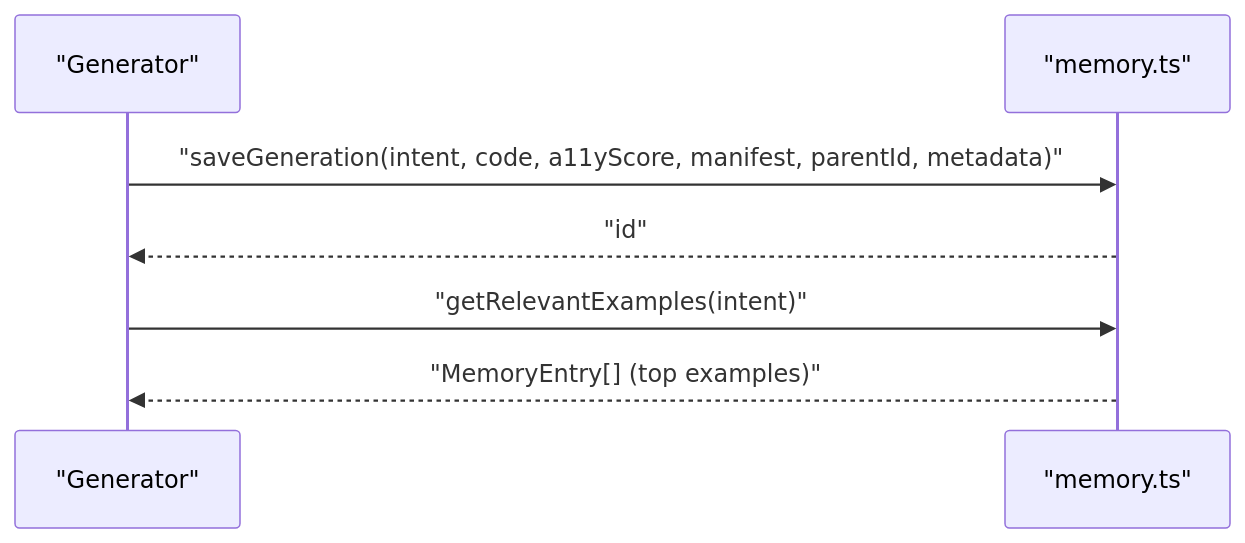
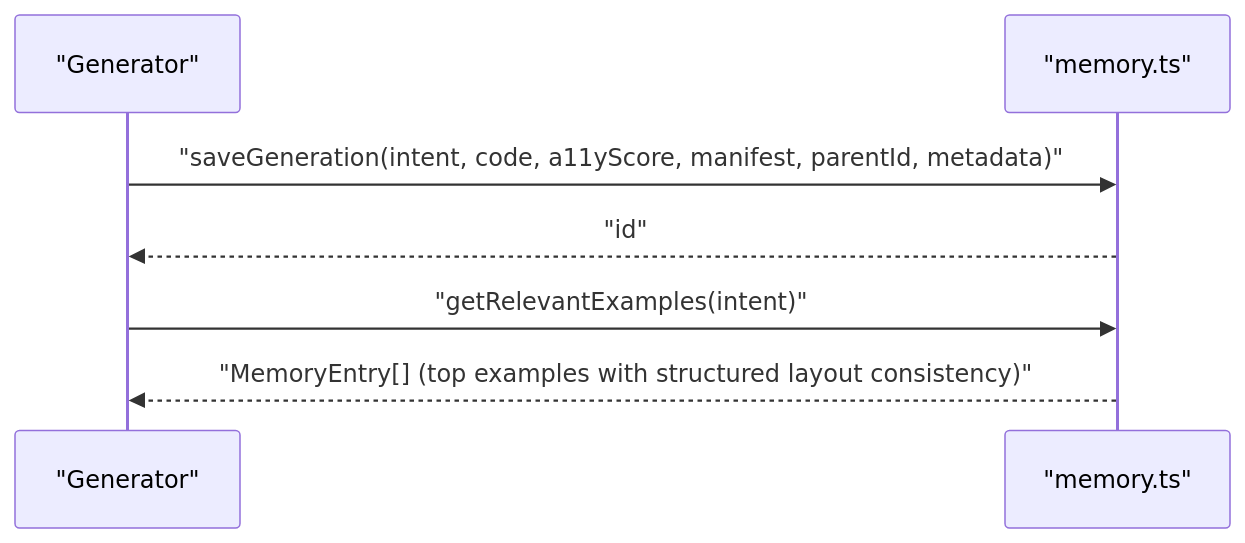
One commit to shekhargiri005-dotcom/AI-powered-accessibility-first-UI-engine changed the seventh of 9 diagrams in .qoder/repowiki/en/content/AI Generation Engine/Core Generation Pipeline/Prompt Engineering & Context Injection.md. Above: the diagram before and after it, drawn with Mermaid. The commit also changed other lines of this file and 71 other files, not shown here.

````diff
--- a/.qoder/repowiki/en/content/AI Generation Engine/Core Generation Pipeline/Prompt Engineering & Context Injection.md
+++ b/.qoder/repowiki/en/content/AI Generation Engine/Core Generation Pipeline/Prompt Engineering & Context Injection.md
@@ -285,9 +332,9 @@
 ```mermaid
 sequenceDiagram
 participant Gen as "Generator"
 participant MEM as "memory.ts"
 Gen->>MEM : "saveGeneration(intent, code, a11yScore, manifest, parentId, metadata)"
 MEM-->>Gen : "id"
 Gen->>MEM : "getRelevantExamples(intent)"
-MEM-->>Gen : "MemoryEntry[] (top examples)"
+MEM-->>Gen : "MemoryEntry[] (top examples with structured layout consistency)"
 ```
````
